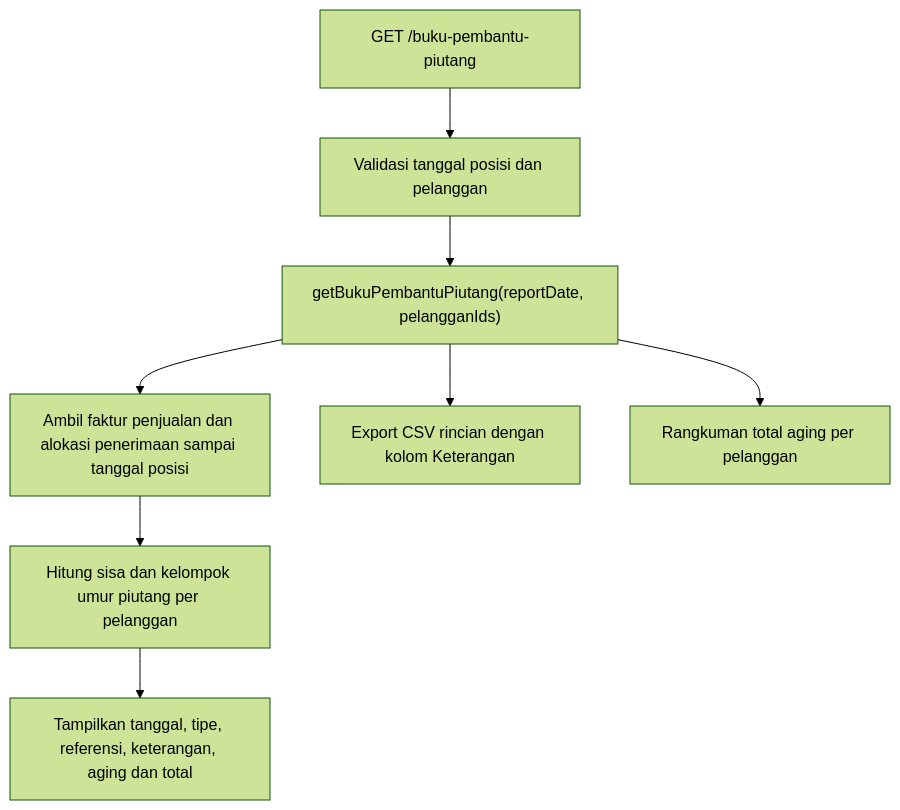
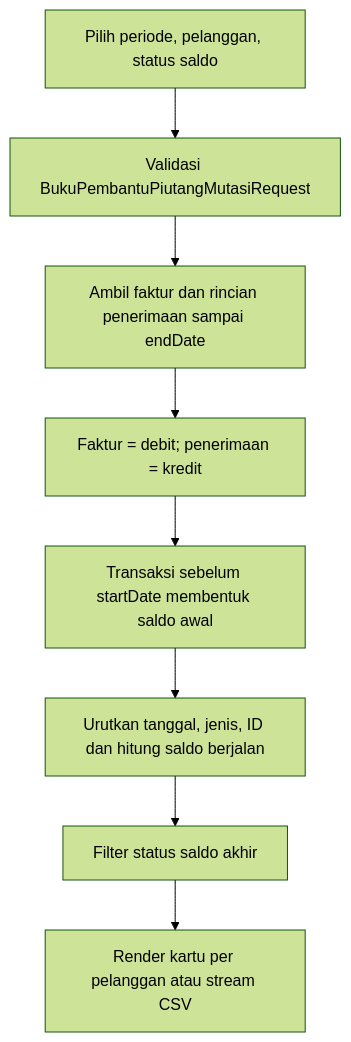
One commit to AltamaSidoarjo/laravel-siakurat-pt-smt changed the third of 3 diagrams in dokumentasi/laporan-pendapatan.md. Above: the diagram before and after it, drawn with Mermaid (forest theme). The commit also changed other lines of this file and 7 other files, not shown here.

Commit message:
feat(laporan): tambah mutasi buku pembantu piutang

````diff
--- a/dokumentasi/laporan-pendapatan.md
+++ b/dokumentasi/laporan-pendapatan.md
@@ -89,10 +120,10 @@
 ```mermaid
 flowchart TD
-    A["GET /buku-pembantu-piutang"] --> B["Validasi tanggal posisi dan pelanggan"]
-    B --> C["getBukuPembantuPiutang(reportDate, pelangganIds)"]
-    C --> D["Ambil faktur penjualan dan alokasi penerimaan sampai tanggal posisi"]
-    D --> E["Hitung sisa dan kelompok umur piutang per pelanggan"]
-    E --> F["Tampilkan tanggal, tipe, referensi, keterangan, aging dan total"]
-    C --> G["Export CSV rincian dengan kolom Keterangan"]
-    C --> H["Rangkuman total aging per pelanggan"]
+    A["Pilih periode, pelanggan, status saldo"] --> B["Validasi BukuPembantuPiutangMutasiRequest"]
+    B --> C["Ambil faktur dan rincian penerimaan sampai endDate"]
+    C --> D["Faktur = debit; penerimaan = kredit"]
+    D --> E["Transaksi sebelum startDate membentuk saldo awal"]
+    E --> F["Urutkan tanggal, jenis, ID dan hitung saldo berjalan"]
+    F --> G["Filter status saldo akhir"]
+    G --> H["Render kartu per pelanggan atau stream CSV"]
 ```
````
